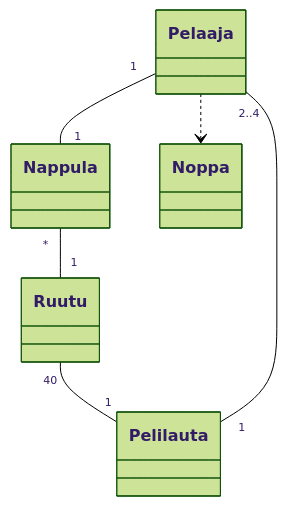
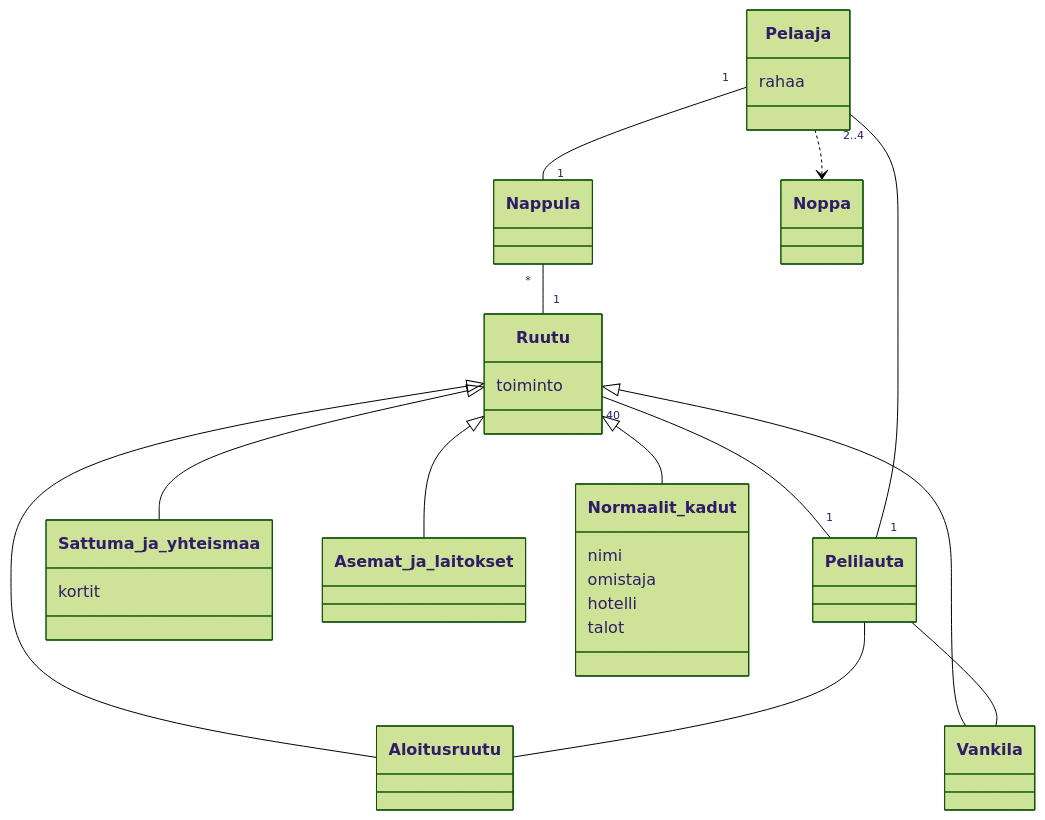
The diagram in laskarit/viikko3/monopoli.md (tovento/ot-harjoitustyo), drawn with Mermaid (forest theme) before and after one commit.

````diff
--- a/laskarit/viikko3/monopoli.md
+++ b/laskarit/viikko3/monopoli.md
@@ -1,8 +1,39 @@
 ```mermaid
  classDiagram
       Pelaaja "1" -- "1" Nappula
+      class Pelaaja{
+          rahaa
+      }
+      
       Nappula "*" -- "1" Ruutu
       Ruutu "40" -- "1" Pelilauta
+      class Ruutu{
+          toiminto
+      }
+      
       Pelaaja ..> Noppa
       Pelaaja "2..4" -- "1" Pelilauta
+      
+      Ruutu <|-- Aloitusruutu
+      Pelilauta -- Aloitusruutu
+      
+      Ruutu <|-- Vankila
+      Pelilauta -- Vankila
+      
+      
+      Ruutu <|-- Sattuma_ja_yhteismaa
+      class Sattuma_ja_yhteismaa{
+          kortit
+      }
+      
+      Ruutu <|-- Asemat_ja_laitokset
+      
+      
+      Ruutu <|-- Normaalit_kadut
+      class Normaalit_kadut{
+          nimi
+          omistaja
+          hotelli
+          talot
+      }
 ```
````
